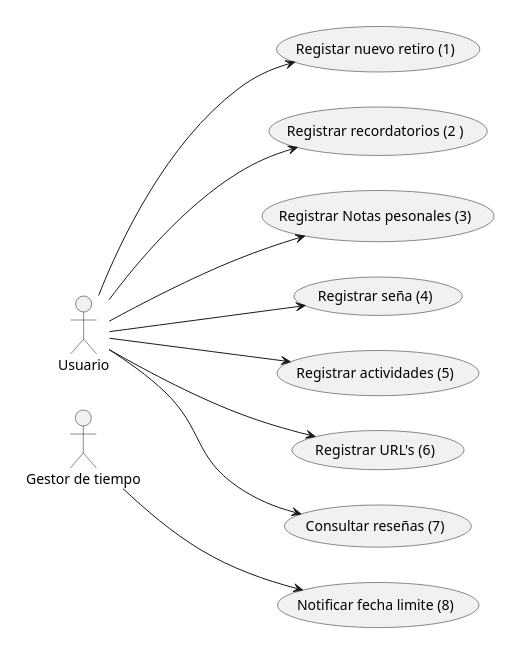
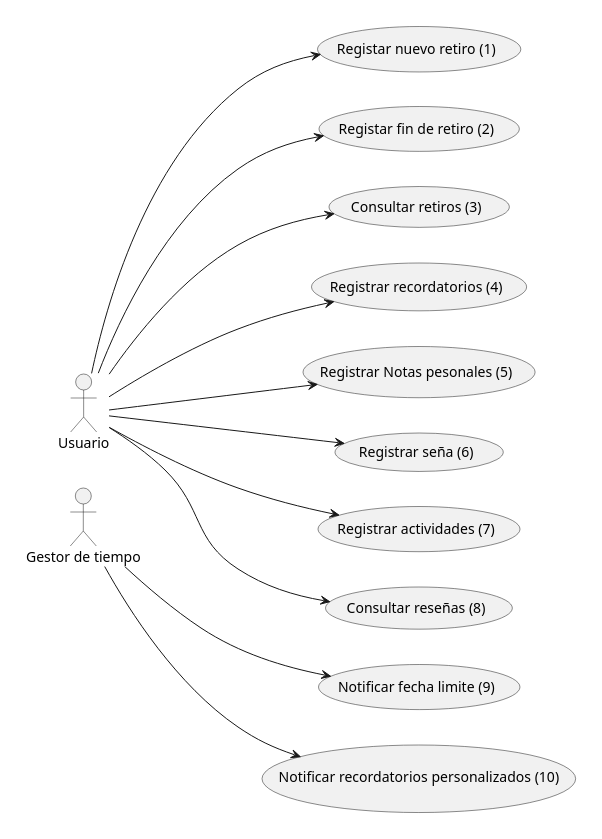
The diagram in tpiEntrega1V1.2.puml (angelkemerer/diagramas-uml), drawn with PlantUML before and after one commit.

Commit message:
correcion 2 diagrama de casos de uso de tpiEntrega1V1.2.puml

```diff
--- a/tpiEntrega1V1.2.puml
+++ b/tpiEntrega1V1.2.puml
@@ -1,36 +1,40 @@
 @startuml diagrama caso de uso TPI
 top to bottom direction
 
 skinparam package {
     BackgroundColor transparent
     borderColor transparente
 }
 ' Definición de actores 
 package {
     actor "Usuario" as us
     actor "Gestor de tiempo" as time
 }
 
 ' Definición de casos de uso
 package {
     left to right direction
     usecase "Registar nuevo retiro (1)" as UC1
-    usecase "Registrar recordatorios (2 )" as UC2
-    usecase "Registrar Notas pesonales (3)" as UC3
-    usecase "Registrar seña (4)" as UC4
-    usecase "Registrar actividades (5)" as UC5
-    usecase "Registrar URL's (6)" as UC6
-    usecase "Consultar reseñas (7)" as UC7
-    usecase "Notificar fecha limite (8)" as UC8
+    usecase "Registar fin de retiro (2)" as UC2
+    usecase "Consultar retiros (3)" as UC3
+    usecase "Registrar recordatorios (4)" as UC4
+    usecase "Registrar Notas pesonales (5)" as UC5
+    usecase "Registrar seña (6)" as UC6
+    usecase "Registrar actividades (7)" as UC7
+    usecase "Consultar reseñas (8)" as UC8
+    usecase "Notificar fecha limite (9)" as UC9
+    usecase "Notificar recordatorios personalizados (10)" as UC10
 }
 
 ' relaciones entre actores y casos de uso
 us ---> UC1
 us ---> UC2
 us ---> UC3
 us ---> UC4
 us ---> UC5
 us ---> UC6
 us ---> UC7
-time --> UC8
+us ---> UC8
+time --> UC9
+time --> UC10
 @enduml
```
